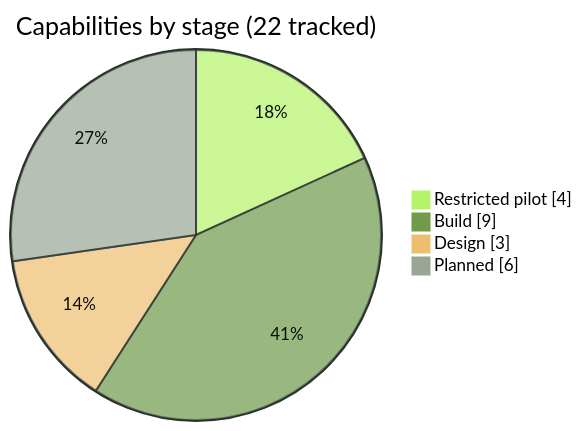
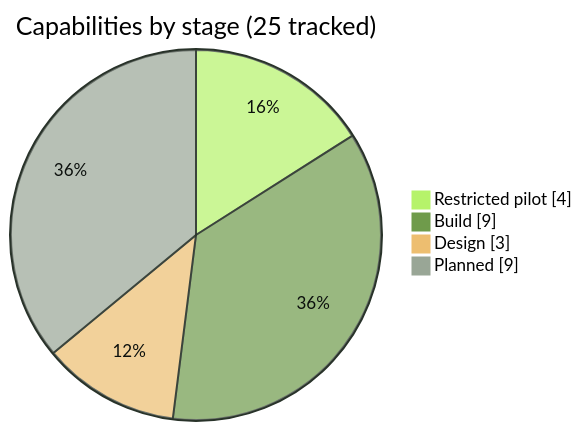
One commit to pboachie/zrotext changed the first of 4 diagrams in docs/ROADMAP.md. Above: the diagram before and after it, drawn with Mermaid. The commit also changed other lines of this file and 6 other files, not shown here.

Commit message:
Add scoped agent messaging and guided setup to the roadmap (#649)

````diff
--- a/docs/ROADMAP.md
+++ b/docs/ROADMAP.md
@@ -42,9 +43,9 @@
 ```mermaid
 %%{init: {"themeVariables": {"pie1": "#b6f36a", "pie2": "#6f9b4b", "pie3": "#edbe70", "pie4": "#99a696", "pieSectionTextColor": "#0b0f0c", "pieStrokeColor": "#29332a", "pieOuterStrokeColor": "#29332a"}}}%%
 pie showData
-    title Capabilities by stage (22 tracked)
+    title Capabilities by stage (25 tracked)
     "Restricted pilot" : 4
     "Build" : 9
     "Design" : 3
-    "Planned" : 6
+    "Planned" : 9
 ```
````
